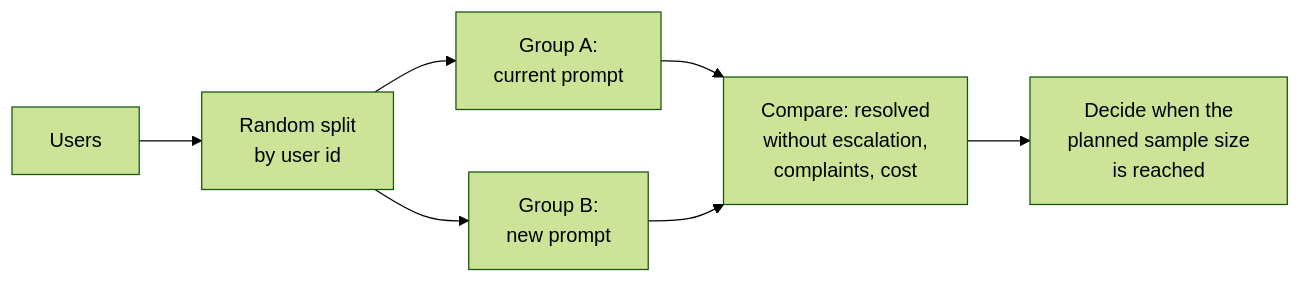
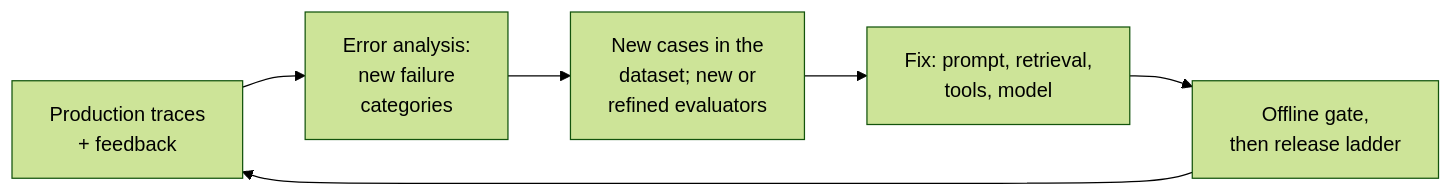
Before and after one commit to shubamchaudhary/CodeNITW: the fifth of 5 diagrams in src/Data/aiStackDocs/CH-09.md, drawn with Mermaid (forest theme). The commit also changed other lines of this file and 5 other files, not shown here.

First line of the commit message:
AI Stack: evals section rewritten concept-first, with a mind map

````diff
--- a/src/Data/aiStackDocs/CH-09.md
+++ b/src/Data/aiStackDocs/CH-09.md
@@ -120,9 +154,8 @@
 ```mermaid
 flowchart LR
-    U["Users"] --> SPL["Random split<br/>by user id"]
-    SPL --> A["Group A:<br/>current prompt"]
-    SPL --> B["Group B:<br/>new prompt"]
-    A --> M["Compare: resolved<br/>without escalation,<br/>complaints, cost"]
-    B --> M
-    M --> D["Decide when the<br/>planned sample size<br/>is reached"]
+    P["Production traces<br/>+ feedback"] --> EA["Error analysis:<br/>new failure<br/>categories"]
+    EA --> DS["New cases in the<br/>dataset; new or<br/>refined evaluators"]
+    DS --> FX["Fix: prompt, retrieval,<br/>tools, model"]
+    FX --> GT["Offline gate,<br/>then release ladder"]
+    GT --> P
 ```
````
